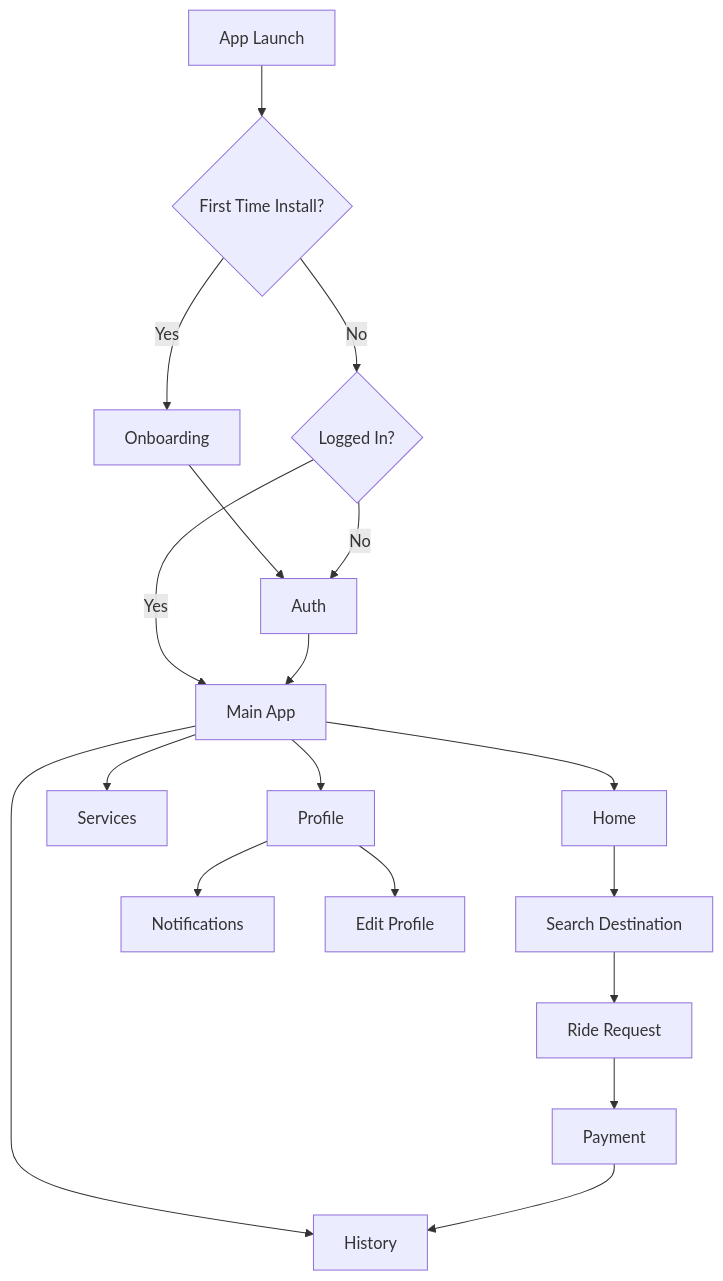
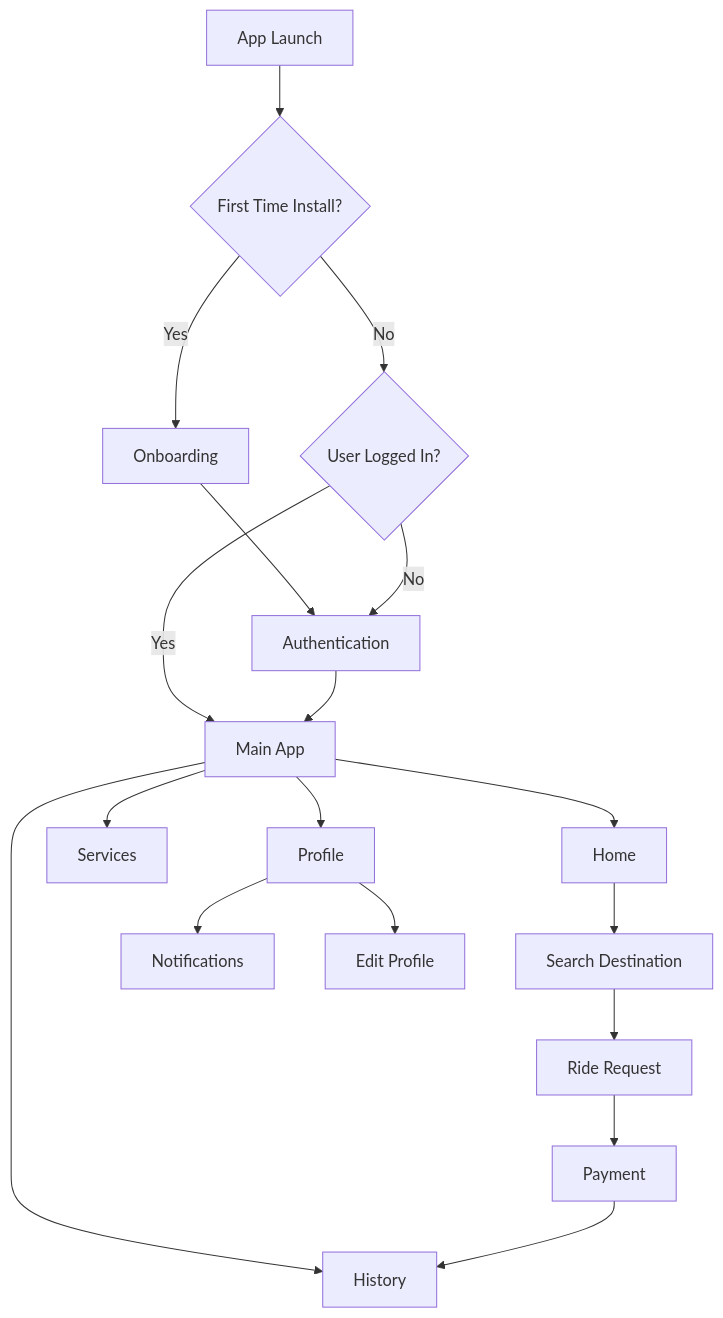
Before and after one commit to MKhalidHossain/rideshare-flutter-app: the diagram in README.md, drawn with Mermaid. The commit also changed other lines of this file, not shown here.

````diff
--- a/README.md
+++ b/README.md
@@ -42,20 +105,20 @@
 ```mermaid
 flowchart TD
   A[App Launch] --> B{First Time Install?}
   B -- Yes --> C[Onboarding]
-  C --> D[Auth]
-  B -- No --> E{Logged In?}
+  C --> D[Authentication]
+  B -- No --> E{User Logged In?}
   E -- Yes --> F[Main App]
   E -- No --> D
   D --> F
   F --> G[Home]
   F --> H[Services]
   F --> I[History]
   F --> J[Profile]
   G --> K[Search Destination]
   K --> L[Ride Request]
   L --> M[Payment]
   M --> I
   J --> N[Notifications]
   J --> O[Edit Profile]
 ```
````
